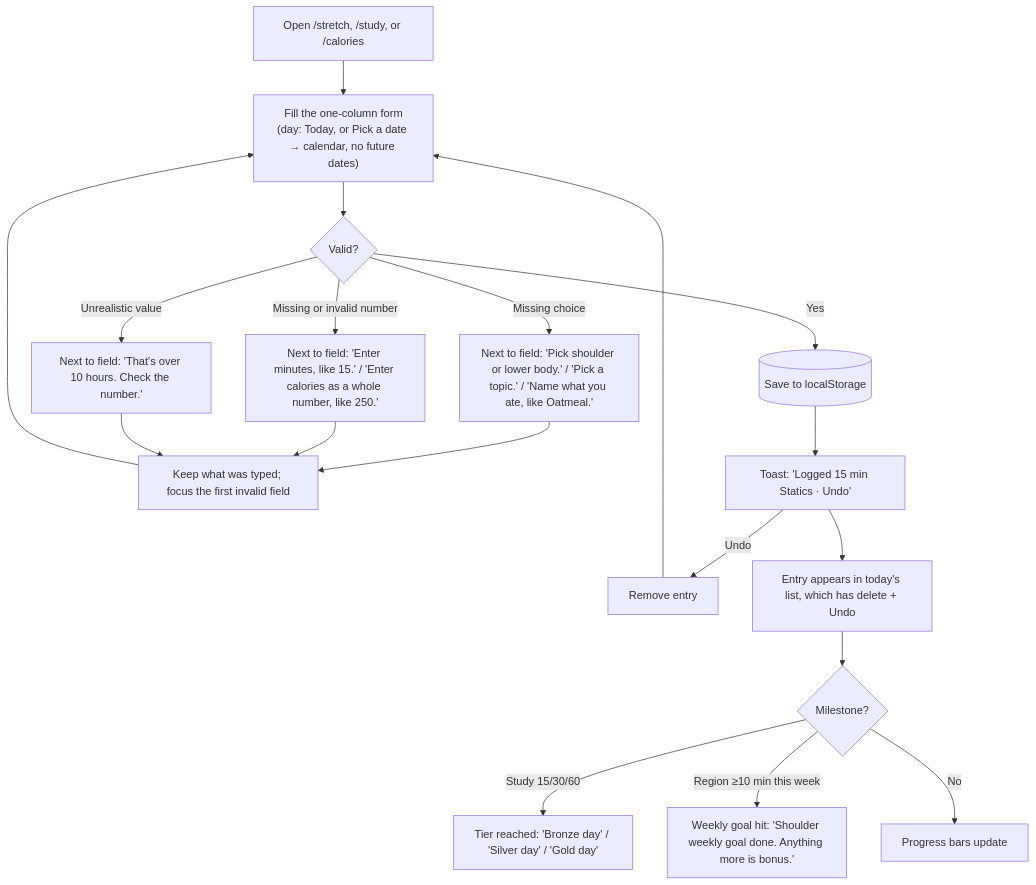
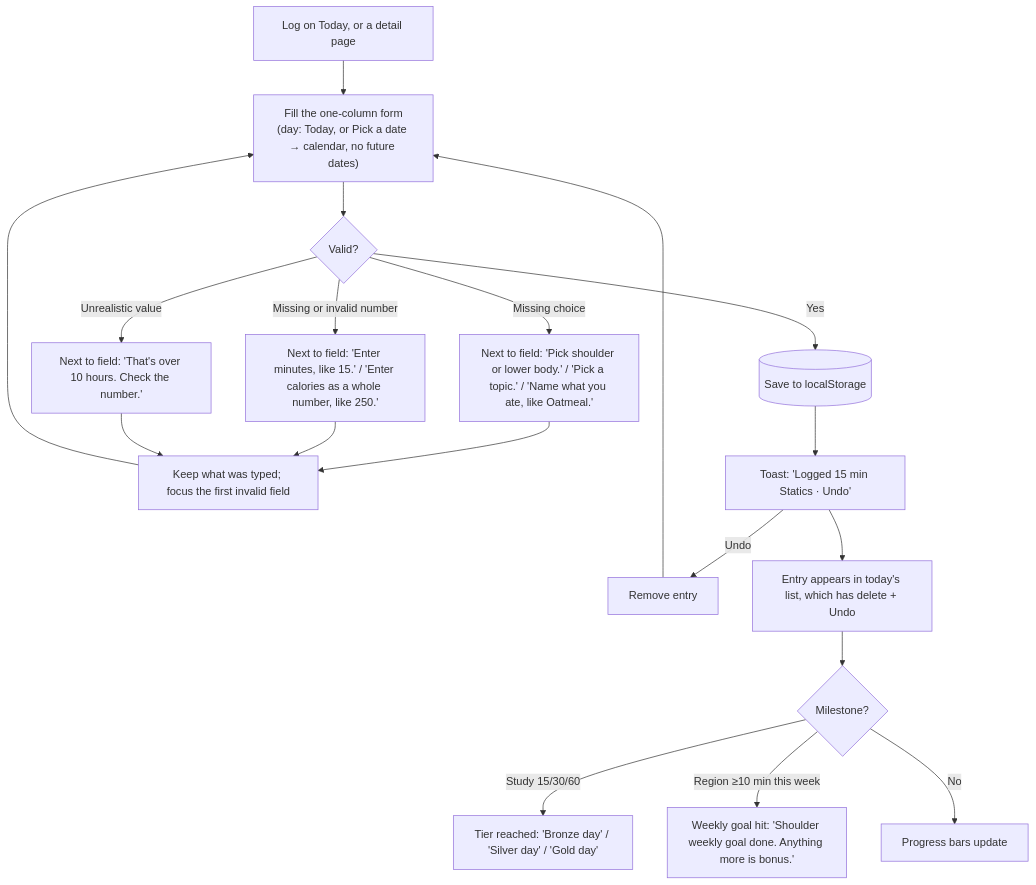
One commit to phamkd17/DBS-Assignment3 changed the third of 4 diagrams in flows.md. Above: the diagram before and after it, drawn with Mermaid. The commit also changed other lines of this file and 9 other files, not shown here.

First line of the commit message:
Nav: only Today and Progress tabs; detail pages open from Today's card headings

````diff
--- a/flows.md
+++ b/flows.md
@@ -50,20 +51,20 @@
 ```mermaid
 flowchart TD
-  S[Open /stretch, /study, or /calories] --> F["Fill the one-column form<br/>(day: Today, or Pick a date → calendar, no future dates)"]
+  S[Log on Today, or a detail page] --> F["Fill the one-column form<br/>(day: Today, or Pick a date → calendar, no future dates)"]
   F --> V{Valid?}
   V -- Missing choice --> E1["Next to field: 'Pick shoulder or lower body.' / 'Pick a topic.' / 'Name what you ate, like Oatmeal.'"]
   V -- Missing or invalid number --> E2["Next to field: 'Enter minutes, like 15.' / 'Enter calories as a whole number, like 250.'"]
   V -- Unrealistic value --> E3["Next to field: 'That's over 10 hours. Check the number.'"]
   E1 --> K[Keep what was typed; focus the first invalid field]
   E2 --> K
   E3 --> K
   K --> F
   V -- Yes --> SAVE[(Save to localStorage)]
   SAVE --> T["Toast: 'Logged 15 min Statics · Undo'"]
   T -- Undo --> UNDO[Remove entry] --> F
   T --> L[Entry appears in today's list, which has delete + Undo]
   L --> ST{Milestone?}
   ST -- Study 15/30/60 --> M1["Tier reached: 'Bronze day' / 'Silver day' / 'Gold day'"]
   ST -- Region ≥10 min this week --> M2["Weekly goal hit: 'Shoulder weekly goal done. Anything more is bonus.'"]
   ST -- No --> P[Progress bars update]
 ```
````
